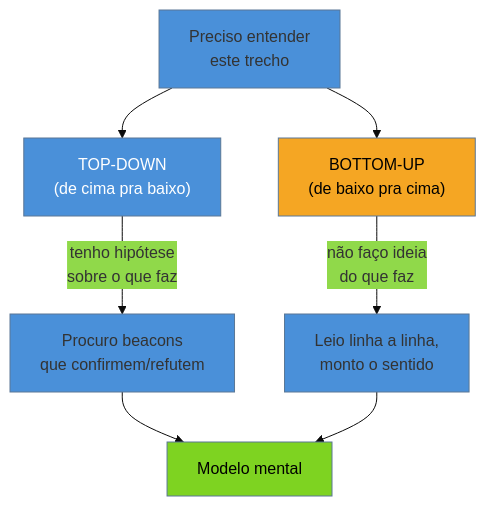
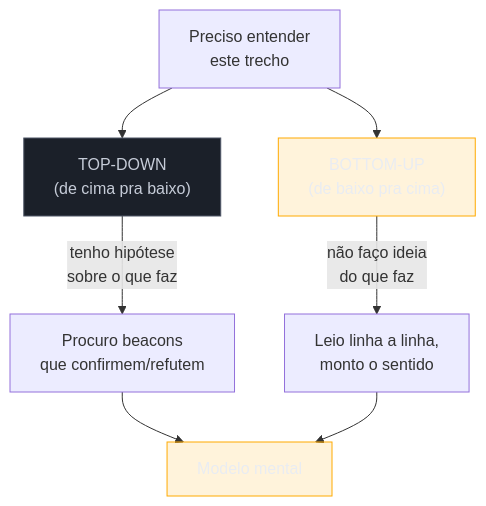
One commit to josenaldo/codex-technomanticus changed the diagram in 03-Dominios/Engenharia/Arqueologia e Restauração de Software/06 - Lendo código que você não escreveu.md. Above: the diagram before and after it, drawn with Mermaid. The commit also changed 1181 other files, not shown here.

First line of the commit message:
fix(diagramas): paleta do sistema no lugar de cor cravada no markdown

````diff
--- a/03-Dominios/Engenharia/Arqueologia e Restauração de Software/06 - Lendo código que você não escreveu.md
+++ b/03-Dominios/Engenharia/Arqueologia e Restauração de Software/06 - Lendo código que você não escreveu.md
@@ -42,13 +42,14 @@
 ```mermaid
-%%{init: {"theme": "base", "themeVariables": {"primaryColor": "#4A90D9"}}}%%
 graph TD
+    classDef neutro fill:#1B2029,stroke:#4E5666,color:#C6CCD8
+    classDef destaque fill:#FFAA0024,stroke:#FFAA00,color:#E9ECF2
     Q["Preciso entender<br/>este trecho"] --> TD["TOP-DOWN<br/>(de cima pra baixo)"]
     Q --> BU["BOTTOM-UP<br/>(de baixo pra cima)"]
     TD -->|"tenho hipótese<br/>sobre o que faz"| TDB["Procuro beacons<br/>que confirmem/refutem"]
     BU -->|"não faço ideia<br/>do que faz"| BUB["Leio linha a linha,<br/>monto o sentido"]
     TDB --> M["Modelo mental"]
     BUB --> M
-    style TD fill:#4A90D9,color:#fff
-    style BU fill:#F5A623,color:#000
-    style M fill:#7ED321,color:#000
+    class TD neutro
+    class BU destaque
+    class M destaque
 ```
````
